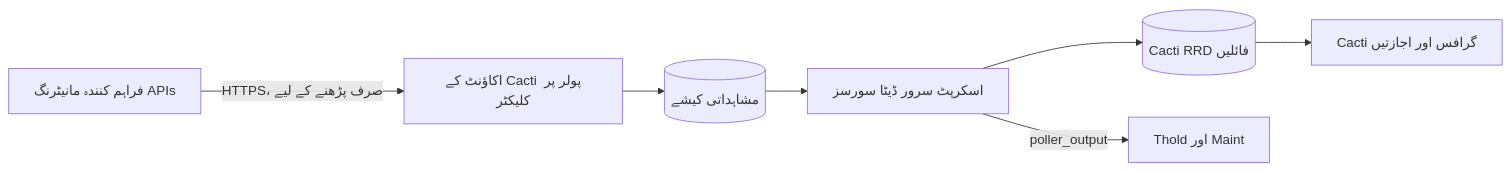
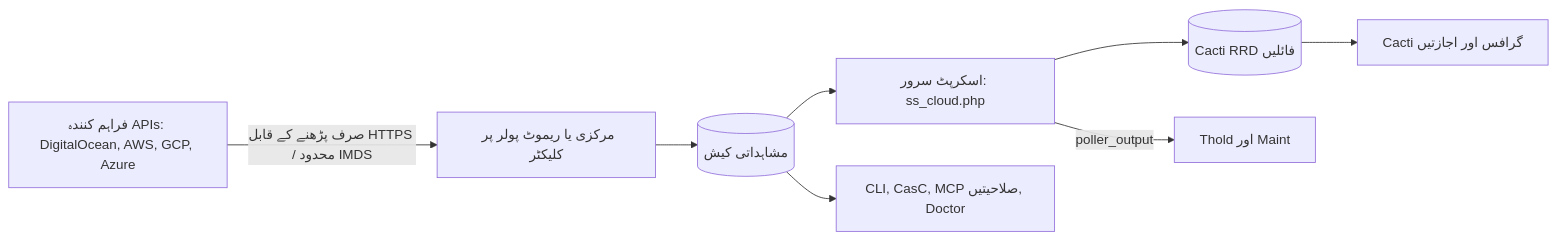
Before and after one commit to somethingwithproof/plugin_cloud: the diagram in docs/i18n/ur-PK/README.md, drawn with Mermaid. The commit also changed other lines of this file and 48 other files, not shown here.

First line of the commit message:
docs(readme): document AWS, GCP, Azure drivers, remote collectors, and ecosystem hooks

````diff
--- a/docs/i18n/ur-PK/README.md
+++ b/docs/i18n/ur-PK/README.md
@@ -110,9 +148,10 @@
 ```mermaid
 flowchart LR
-    API["فراہم کنندہ مانیٹرنگ APIs"] -->|"HTTPS، صرف پڑھنے کے لیے"| C["اکاؤنٹ کے Cacti پولر پر کلیکٹر"]
-    C --> O[("مشاہداتی کیشے")]
-    O --> SS["اسکرپٹ سرور ڈیٹا سورسز"]
-    SS --> RRD[("Cacti RRD فائلیں")]
-    SS -->|poller_output| T["Thold اور Maint"]
-    RRD --> G["Cacti گرافس اور اجازتیں"]
+    API[فراہم کنندہ APIs: DigitalOcean, AWS, GCP, Azure] -->|صرف پڑھنے کے قابل HTTPS / محدود IMDS| C[مرکزی یا ریموٹ پولر پر کلیکٹر]
+    C --> O[(مشاہداتی کیش)]
+    O --> SS[اسکرپٹ سرور: ss_cloud.php]
+    SS --> RRD[(Cacti RRD فائلیں)]
+    SS -->|poller_output| T[Thold اور Maint]
+    RRD --> G[Cacti گرافس اور اجازتیں]
+    O --> ECO[CLI, CasC, MCP صلاحیتیں, Doctor]
 ```
````
